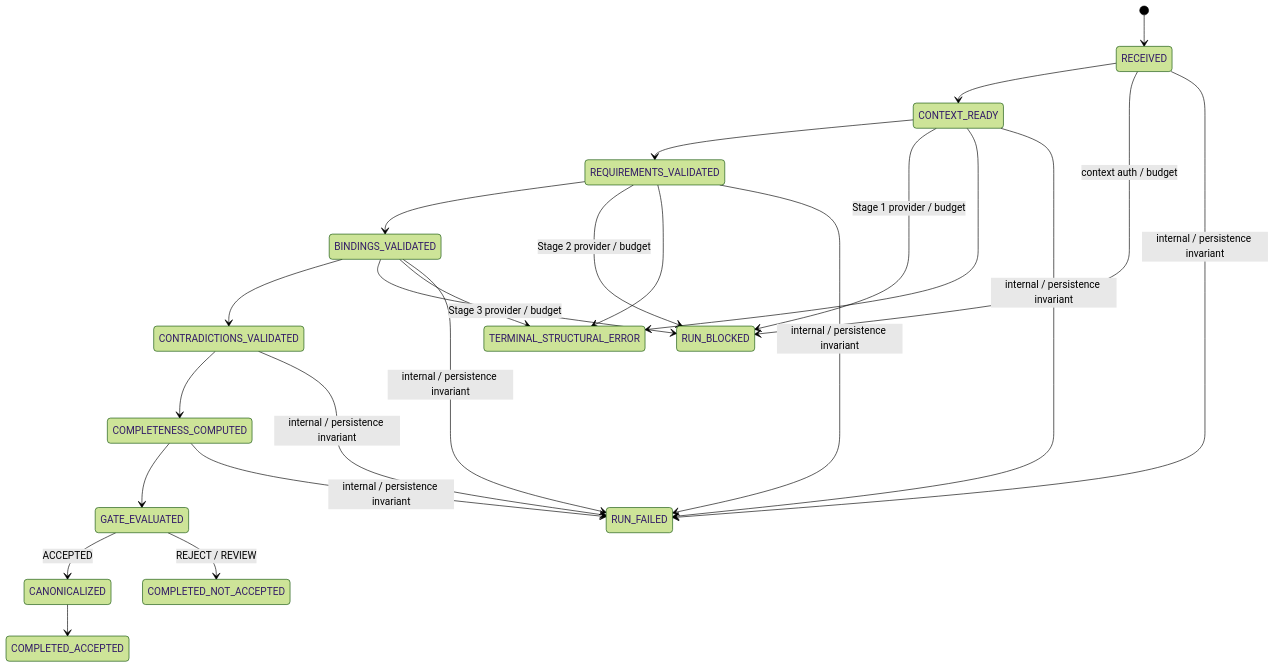
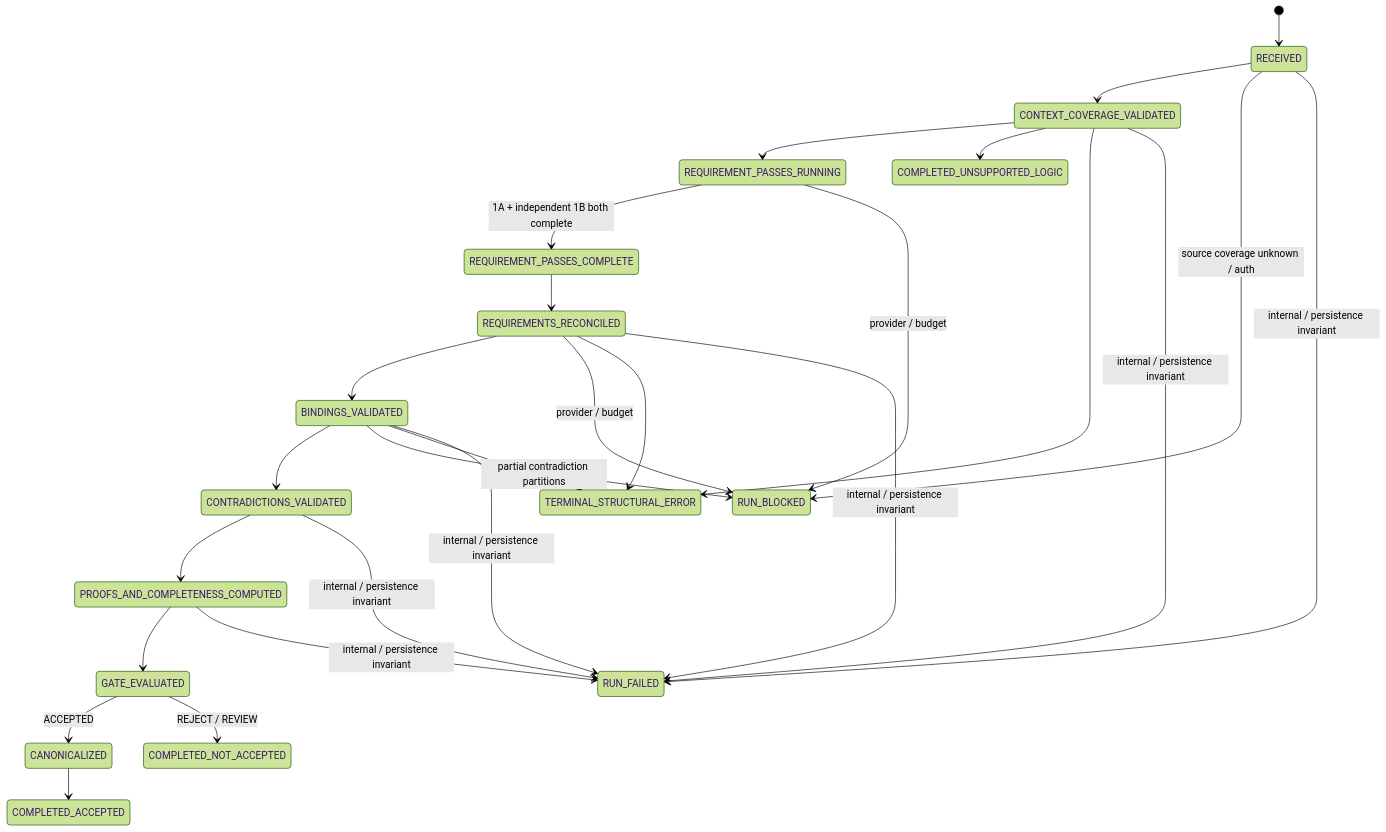
Before and after one commit to dabaitudiu/continuum: the second of 2 diagrams in docs/continuum_module_01_semantic_dependency_compiler/02_ARCHITECTURE.md, drawn with Mermaid (forest theme). The commit also changed other lines of this file and 18 other files, not shown here.

Commit message:
docs: resolve option B architecture review blockers

````diff
--- a/docs/continuum_module_01_semantic_dependency_compiler/02_ARCHITECTURE.md
+++ b/docs/continuum_module_01_semantic_dependency_compiler/02_ARCHITECTURE.md
@@ -87,27 +100,30 @@
 ```mermaid
 stateDiagram-v2
     [*] --> RECEIVED
-    RECEIVED --> CONTEXT_READY
-    CONTEXT_READY --> REQUIREMENTS_VALIDATED
-    REQUIREMENTS_VALIDATED --> BINDINGS_VALIDATED
+    RECEIVED --> CONTEXT_COVERAGE_VALIDATED
+    CONTEXT_COVERAGE_VALIDATED --> REQUIREMENT_PASSES_RUNNING
+    REQUIREMENT_PASSES_RUNNING --> REQUIREMENT_PASSES_COMPLETE: 1A + independent 1B both complete
+    REQUIREMENT_PASSES_COMPLETE --> REQUIREMENTS_RECONCILED
+    REQUIREMENTS_RECONCILED --> BINDINGS_VALIDATED
     BINDINGS_VALIDATED --> CONTRADICTIONS_VALIDATED
-    CONTRADICTIONS_VALIDATED --> COMPLETENESS_COMPUTED
-    COMPLETENESS_COMPUTED --> GATE_EVALUATED
+    CONTRADICTIONS_VALIDATED --> PROOFS_AND_COMPLETENESS_COMPUTED
+    PROOFS_AND_COMPLETENESS_COMPUTED --> GATE_EVALUATED
     GATE_EVALUATED --> CANONICALIZED: ACCEPTED
     GATE_EVALUATED --> COMPLETED_NOT_ACCEPTED: REJECT / REVIEW
     CANONICALIZED --> COMPLETED_ACCEPTED
 
-    RECEIVED --> RUN_BLOCKED: context auth / budget
-    CONTEXT_READY --> RUN_BLOCKED: Stage 1 provider / budget
-    REQUIREMENTS_VALIDATED --> RUN_BLOCKED: Stage 2 provider / budget
-    BINDINGS_VALIDATED --> RUN_BLOCKED: Stage 3 provider / budget
-    CONTEXT_READY --> TERMINAL_STRUCTURAL_ERROR
-    REQUIREMENTS_VALIDATED --> TERMINAL_STRUCTURAL_ERROR
+    RECEIVED --> RUN_BLOCKED: source coverage unknown / auth
+    REQUIREMENT_PASSES_RUNNING --> RUN_BLOCKED: provider / budget
+    REQUIREMENTS_RECONCILED --> RUN_BLOCKED: provider / budget
+    BINDINGS_VALIDATED --> RUN_BLOCKED: partial contradiction partitions
+    CONTEXT_COVERAGE_VALIDATED --> COMPLETED_UNSUPPORTED_LOGIC
+    CONTEXT_COVERAGE_VALIDATED --> TERMINAL_STRUCTURAL_ERROR
+    REQUIREMENTS_RECONCILED --> TERMINAL_STRUCTURAL_ERROR
     BINDINGS_VALIDATED --> TERMINAL_STRUCTURAL_ERROR
     RECEIVED --> RUN_FAILED: internal / persistence invariant
-    CONTEXT_READY --> RUN_FAILED: internal / persistence invariant
-    REQUIREMENTS_VALIDATED --> RUN_FAILED: internal / persistence invariant
+    CONTEXT_COVERAGE_VALIDATED --> RUN_FAILED: internal / persistence invariant
+    REQUIREMENTS_RECONCILED --> RUN_FAILED: internal / persistence invariant
     BINDINGS_VALIDATED --> RUN_FAILED: internal / persistence invariant
     CONTRADICTIONS_VALIDATED --> RUN_FAILED: internal / persistence invariant
-    COMPLETENESS_COMPUTED --> RUN_FAILED: internal / persistence invariant
+    PROOFS_AND_COMPLETENESS_COMPUTED --> RUN_FAILED: internal / persistence invariant
 ```
````
